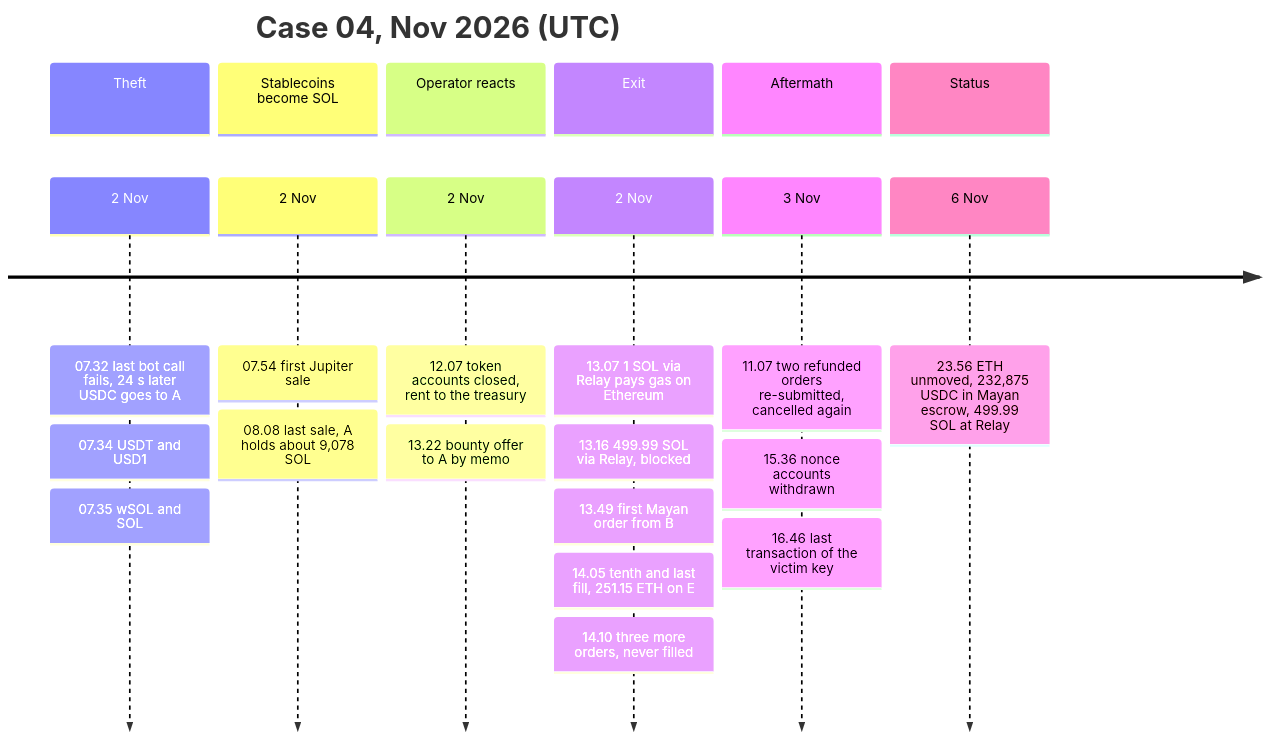
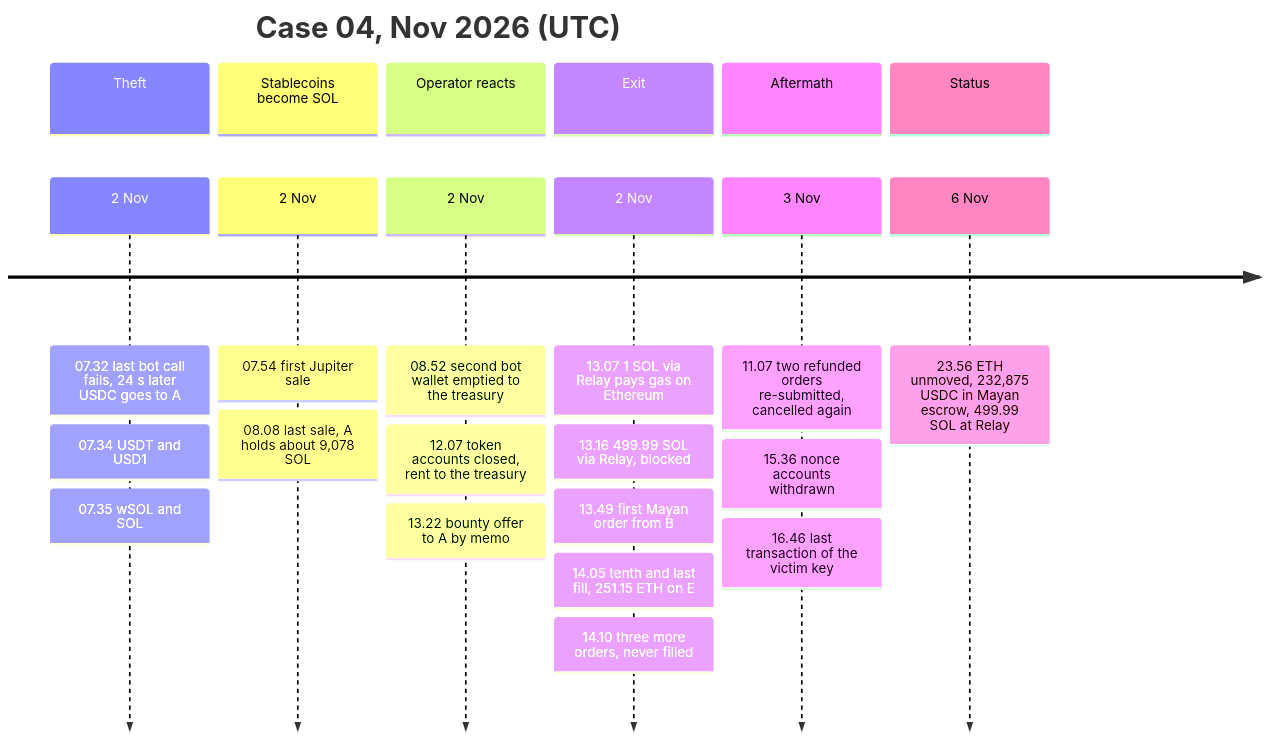
The second of 2 diagrams in cases/04-solana-king-mev-bot-drain/README.md (albertandrejev/onchain-investigations), drawn with Mermaid before and after one commit. The commit also changed other lines of this file and 117 other files, not shown here.

````diff
--- a/cases/04-solana-king-mev-bot-drain/README.md
+++ b/cases/04-solana-king-mev-bot-drain/README.md
@@ -92,16 +101,16 @@
 ```mermaid
 timeline
   title Case 04, Nov 2026 (UTC)
   section Theft
     2 Nov : 07.32 last bot call fails, 24 s later USDC goes to A : 07.34 USDT and USD1 : 07.35 wSOL and SOL
   section Stablecoins become SOL
     2 Nov : 07.54 first Jupiter sale : 08.08 last sale, A holds about 9,078 SOL
   section Operator reacts
-    2 Nov : 12.07 token accounts closed, rent to the treasury : 13.22 bounty offer to A by memo
+    2 Nov : 08.52 second bot wallet emptied to the treasury : 12.07 token accounts closed, rent to the treasury : 13.22 bounty offer to A by memo
   section Exit
     2 Nov : 13.07 1 SOL via Relay pays gas on Ethereum : 13.16 499.99 SOL via Relay, blocked : 13.49 first Mayan order from B : 14.05 tenth and last fill, 251.15 ETH on E : 14.10 three more orders, never filled
   section Aftermath
     3 Nov : 11.07 two refunded orders re-submitted, cancelled again : 15.36 nonce accounts withdrawn : 16.46 last transaction of the victim key
   section Status
     6 Nov : 23.56 ETH unmoved, 232,875 USDC in Mayan escrow, 499.99 SOL at Relay
 ```
````
